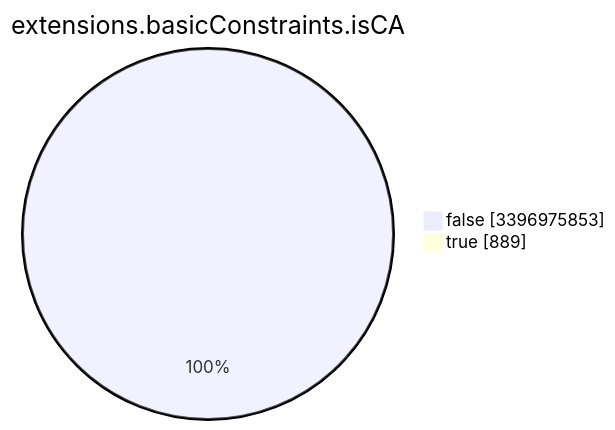
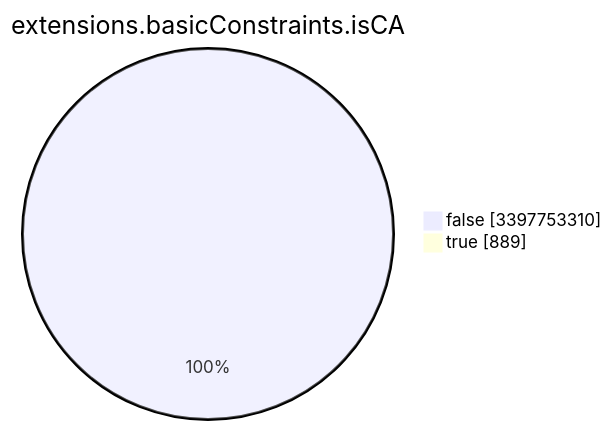
The seventh of 15 diagrams in TOTAL/README.md (christiankrug/ctmonitor_visualization), drawn with Mermaid before and after one commit. The commit also changed other lines of this file, not shown here.

````diff
--- a/TOTAL/README.md
+++ b/TOTAL/README.md
@@ -3091,6 +3091,6 @@
 ```mermaid
 pie showData
 title extensions.basicConstraints.isCA
-"false" :3396975853
+"false" :3397753310
 "true" :889
 ```
````
